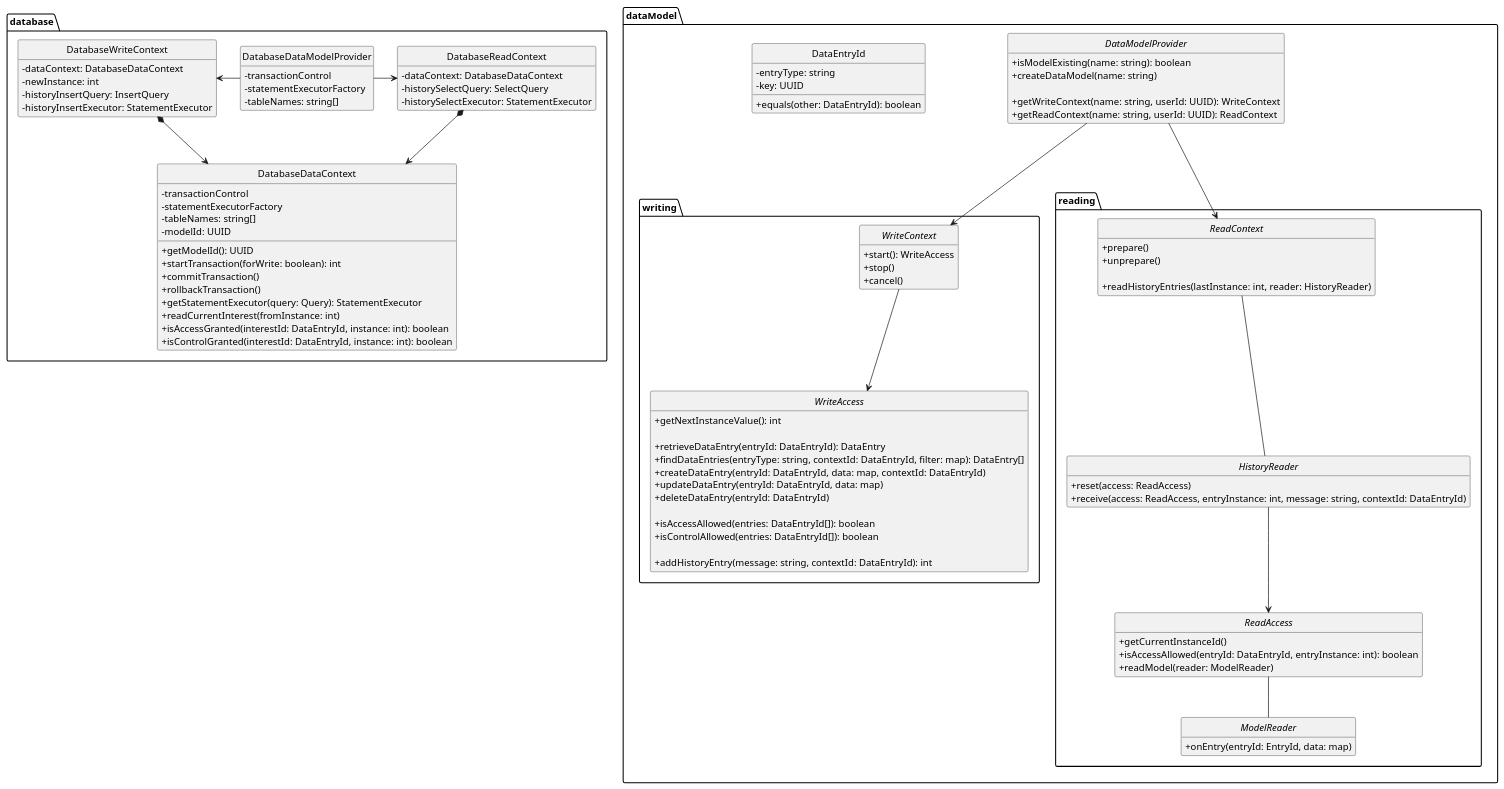
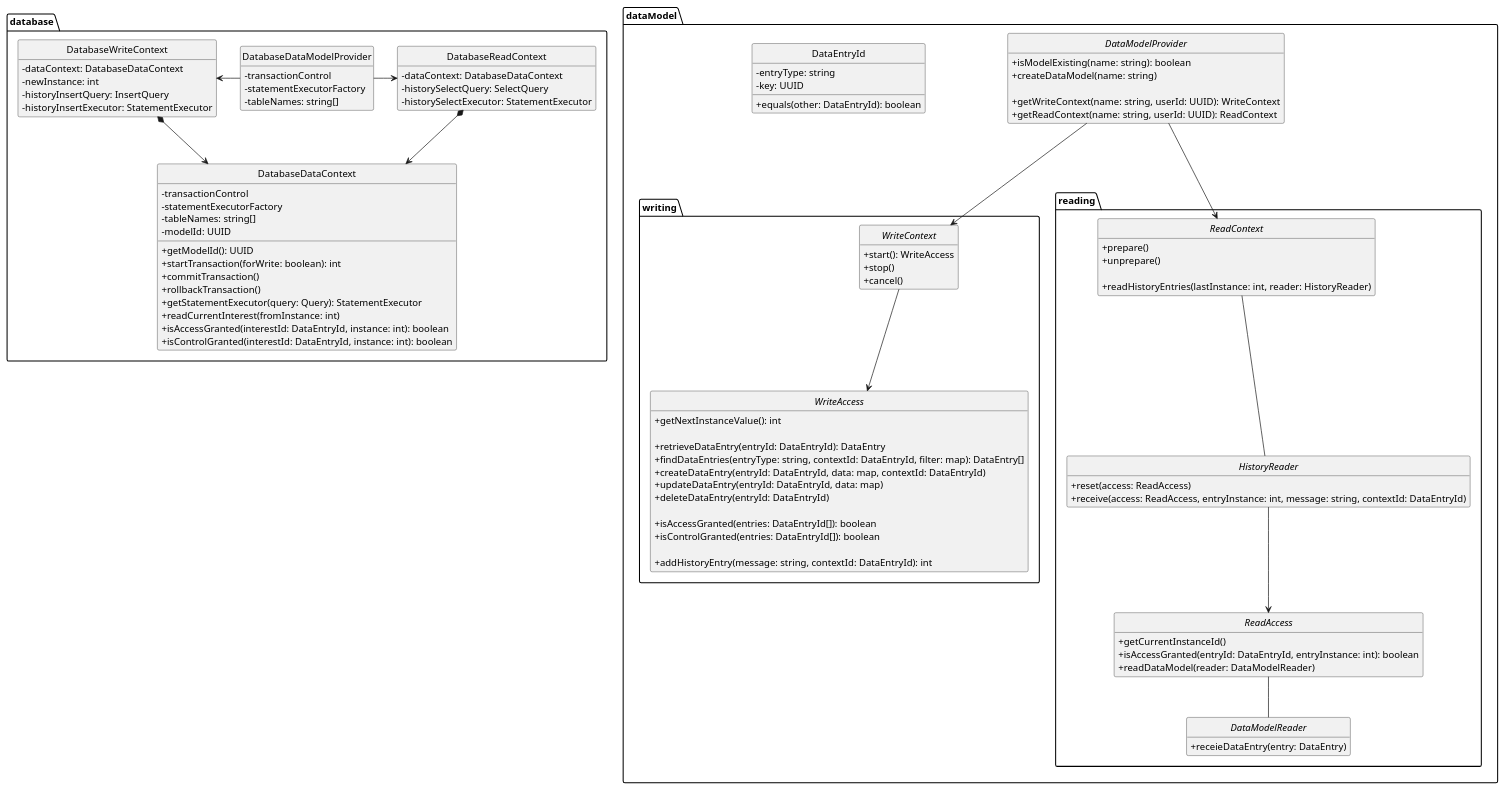
One commit to dertseha/eve-upro changed the diagram in eve-upro/uml/DataModel.plantuml. Above: the diagram before and after it, drawn with PlantUML. The commit also changed 31 other files, not shown here.

Commit message:
#13 added DataModelReader and surrounding code - DataModelReader interface added - DatabaseDataContext changed to hold data model definition instead of raw table names - ReadAccess and DatabaseReadAccess extended for readDataModel()

```diff
--- a/eve-upro/uml/DataModel.plantuml
+++ b/eve-upro/uml/DataModel.plantuml
@@ -1,128 +1,128 @@
 @startuml
 skinparam classAttributeIconSize 0
 hide empty members
 hide circle
 
 package dataModel {
 
 interface DataModelProvider {
    + isModelExisting(name: string): boolean
    + createDataModel(name: string)
 
    + getWriteContext(name: string, userId: UUID): WriteContext
    + getReadContext(name: string, userId: UUID): ReadContext
 }
 
 class DataEntryId {
    - entryType: string
    - key: UUID
    + equals(other: DataEntryId): boolean
 }
 
 package writing {
 
 interface WriteContext {
    + start(): WriteAccess
    + stop()
    + cancel()
 }
 
 DataModelProvider -down-> WriteContext
 
 interface WriteAccess {
    + getNextInstanceValue(): int
    
    + retrieveDataEntry(entryId: DataEntryId): DataEntry
    + findDataEntries(entryType: string, contextId: DataEntryId, filter: map): DataEntry[]
    + createDataEntry(entryId: DataEntryId, data: map, contextId: DataEntryId)
    + updateDataEntry(entryId: DataEntryId, data: map)
    + deleteDataEntry(entryId: DataEntryId)
 
-   + isAccessAllowed(entries: DataEntryId[]): boolean
-   + isControlAllowed(entries: DataEntryId[]): boolean
+   + isAccessGranted(entries: DataEntryId[]): boolean
+   + isControlGranted(entries: DataEntryId[]): boolean
    
    + addHistoryEntry(message: string, contextId: DataEntryId): int
 }
 
 WriteContext --> WriteAccess
 
 }
 
 package reading {
 
 DataModelProvider -down-> ReadContext
 
 interface ReadContext {
    + prepare()
    + unprepare()
    
    + readHistoryEntries(lastInstance: int, reader: HistoryReader) 
 }
 
 ReadContext -- HistoryReader
 HistoryReader --> ReadAccess
-ReadAccess -- ModelReader
+ReadAccess -- DataModelReader
 
 interface ReadAccess {
    + getCurrentInstanceId()
-   + isAccessAllowed(entryId: DataEntryId, entryInstance: int): boolean
-   + readModel(reader: ModelReader)
+   + isAccessGranted(entryId: DataEntryId, entryInstance: int): boolean
+   + readDataModel(reader: DataModelReader)
 }
 
 interface HistoryReader {
    + reset(access: ReadAccess)
    + receive(access: ReadAccess, entryInstance: int, message: string, contextId: DataEntryId)
 }
 
-interface ModelReader {
-   + onEntry(entryId: EntryId, data: map)
+interface DataModelReader {
+   + receieDataEntry(entry: DataEntry)
 }
 
 }
 }
 
 package database {
 class DatabaseDataContext {
    - transactionControl
    - statementExecutorFactory
    - tableNames: string[]
    - modelId: UUID
    + getModelId(): UUID
    + startTransaction(forWrite: boolean): int
    + commitTransaction()
    + rollbackTransaction()
    + getStatementExecutor(query: Query): StatementExecutor
    + readCurrentInterest(fromInstance: int)
    + isAccessGranted(interestId: DataEntryId, instance: int): boolean
    + isControlGranted(interestId: DataEntryId, instance: int): boolean
 }
 
 class DatabaseWriteContext {
    - dataContext: DatabaseDataContext
    - newInstance: int
    - historyInsertQuery: InsertQuery
    - historyInsertExecutor: StatementExecutor
 }
 
 
 class DatabaseReadContext {
    - dataContext: DatabaseDataContext
    - historySelectQuery: SelectQuery
    - historySelectExecutor: StatementExecutor
 }
 
 class DatabaseDataModelProvider {
    - transactionControl
    - statementExecutorFactory
    - tableNames: string[]
 }
 
 
 DatabaseDataModelProvider -left-> DatabaseWriteContext
 DatabaseDataModelProvider -right-> DatabaseReadContext
 
 DatabaseWriteContext *-down-> DatabaseDataContext
 DatabaseReadContext *-down-> DatabaseDataContext
 }
 
 @enduml
```
